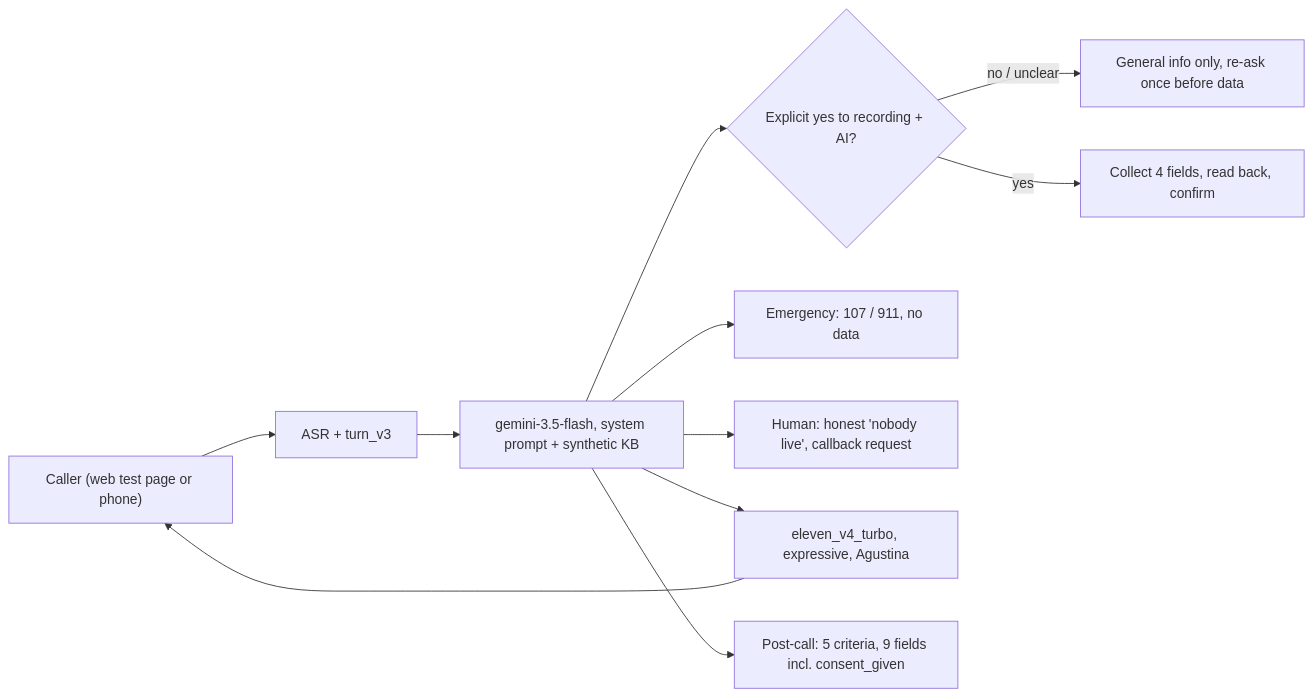
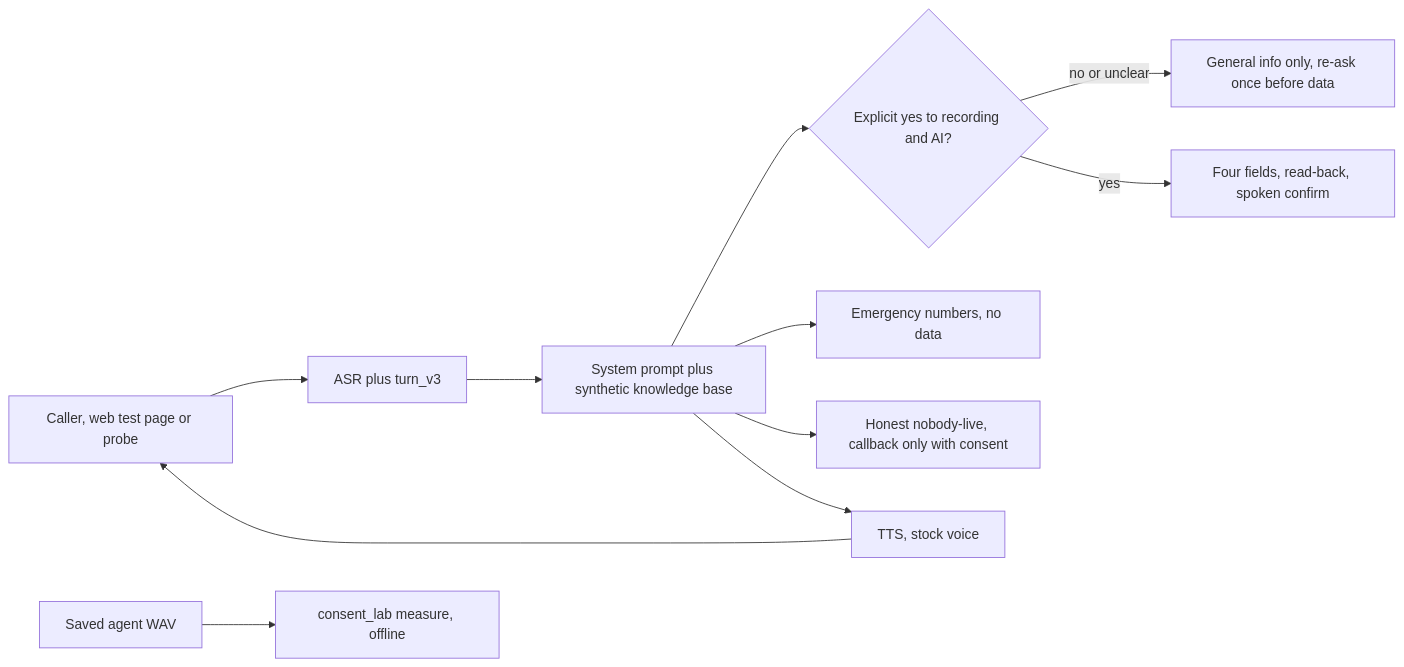
Before and after one commit to dlescanogithub/voice-receptionist-consent-lab: the diagram in README.md, drawn with Mermaid. The commit also changed other lines of this file and 42 other files, not shown here.

````diff
--- a/README.md
+++ b/README.md
@@ -41,13 +73,13 @@
 ```mermaid
 flowchart LR
-  caller["Caller (web test page or phone)"] --> asr["ASR + turn_v3"]
-  asr --> llm["gemini-3.5-flash, system prompt + synthetic KB"]
-  llm --> gate{"Explicit yes to recording + AI?"}
-  gate -->|no / unclear| info["General info only, re-ask once before data"]
-  gate -->|yes| book["Collect 4 fields, read back, confirm"]
-  llm --> emer["Emergency: 107 / 911, no data"]
-  llm --> hand["Human: honest 'nobody live', callback request"]
-  llm --> tts["eleven_v4_turbo, expressive, Agustina"]
+  caller["Caller, web test page or probe"] --> asr["ASR plus turn_v3"]
+  asr --> llm["System prompt plus synthetic knowledge base"]
+  llm --> gate{"Explicit yes to recording and AI?"}
+  gate -->|no or unclear| info["General info only, re-ask once before data"]
+  gate -->|yes| book["Four fields, read-back, spoken confirm"]
+  llm --> emer["Emergency numbers, no data"]
+  llm --> hand["Honest nobody-live, callback only with consent"]
+  llm --> tts["TTS, stock voice"]
   tts --> caller
-  llm --> post["Post-call: 5 criteria, 9 fields incl. consent_given"]
+  wav["Saved agent WAV"] --> measure["consent_lab measure, offline"]
 ```
````
